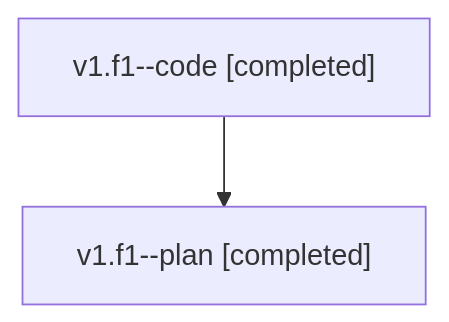
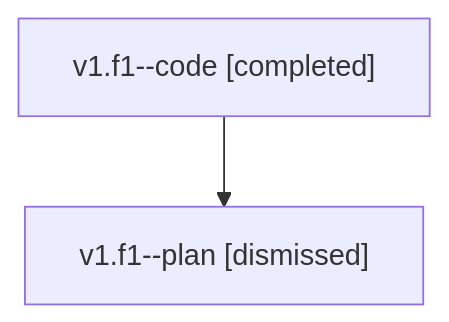
The diagram in families/bbugyi200.athena.v1.f1.md (sase-org/sase--agents), drawn with Mermaid before and after one commit. The commit also changed other lines of this file and 1506 other files, not shown here.

````diff
--- a/families/bbugyi200.athena.v1.f1.md
+++ b/families/bbugyi200.athena.v1.f1.md
@@ -9,6 +9,6 @@
 ```mermaid
 flowchart TD
   n0["v1.f1--code [completed]"]
-  n1["v1.f1--plan [completed]"]
+  n1["v1.f1--plan [dismissed]"]
   n0 --> n1
 ```
````
